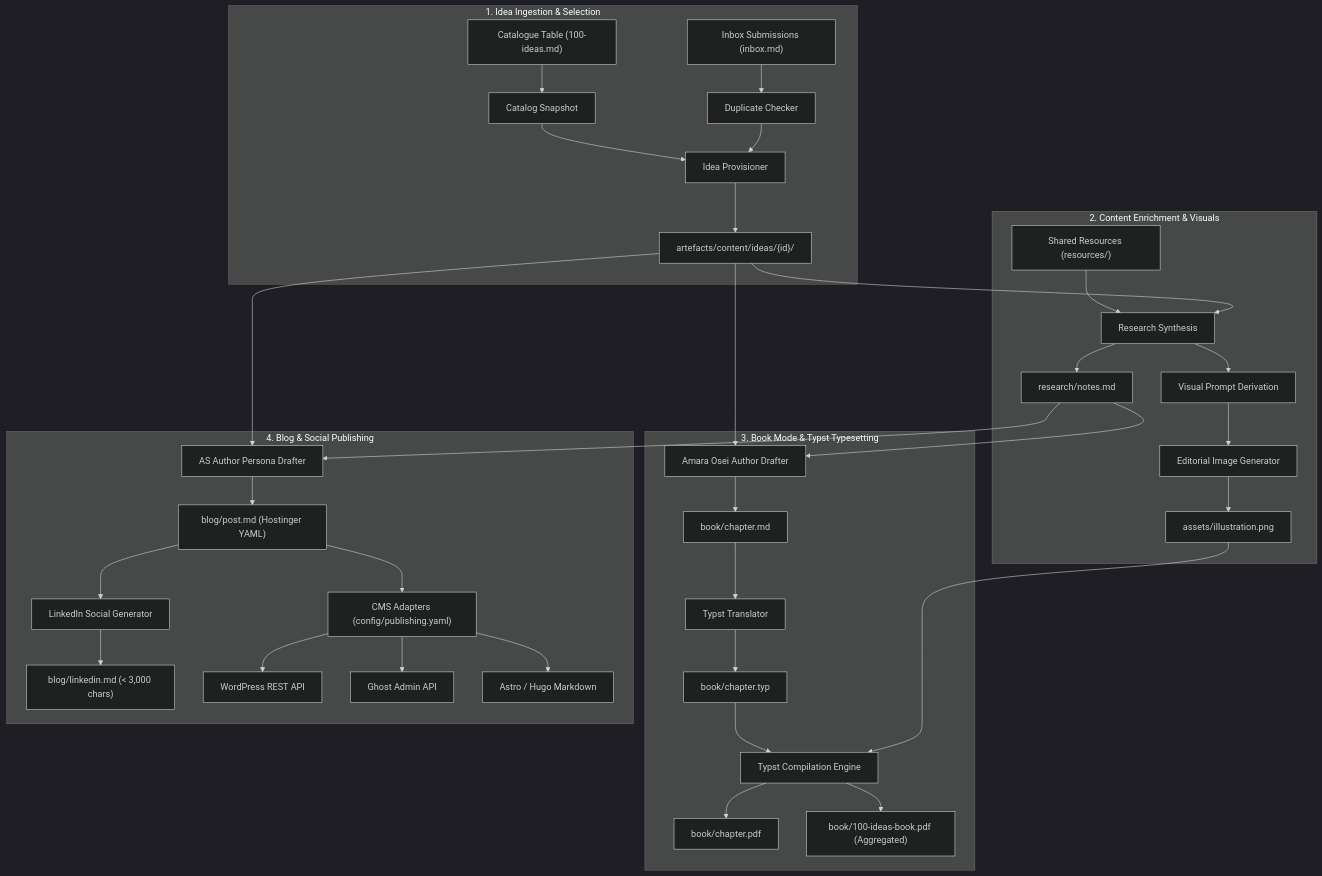
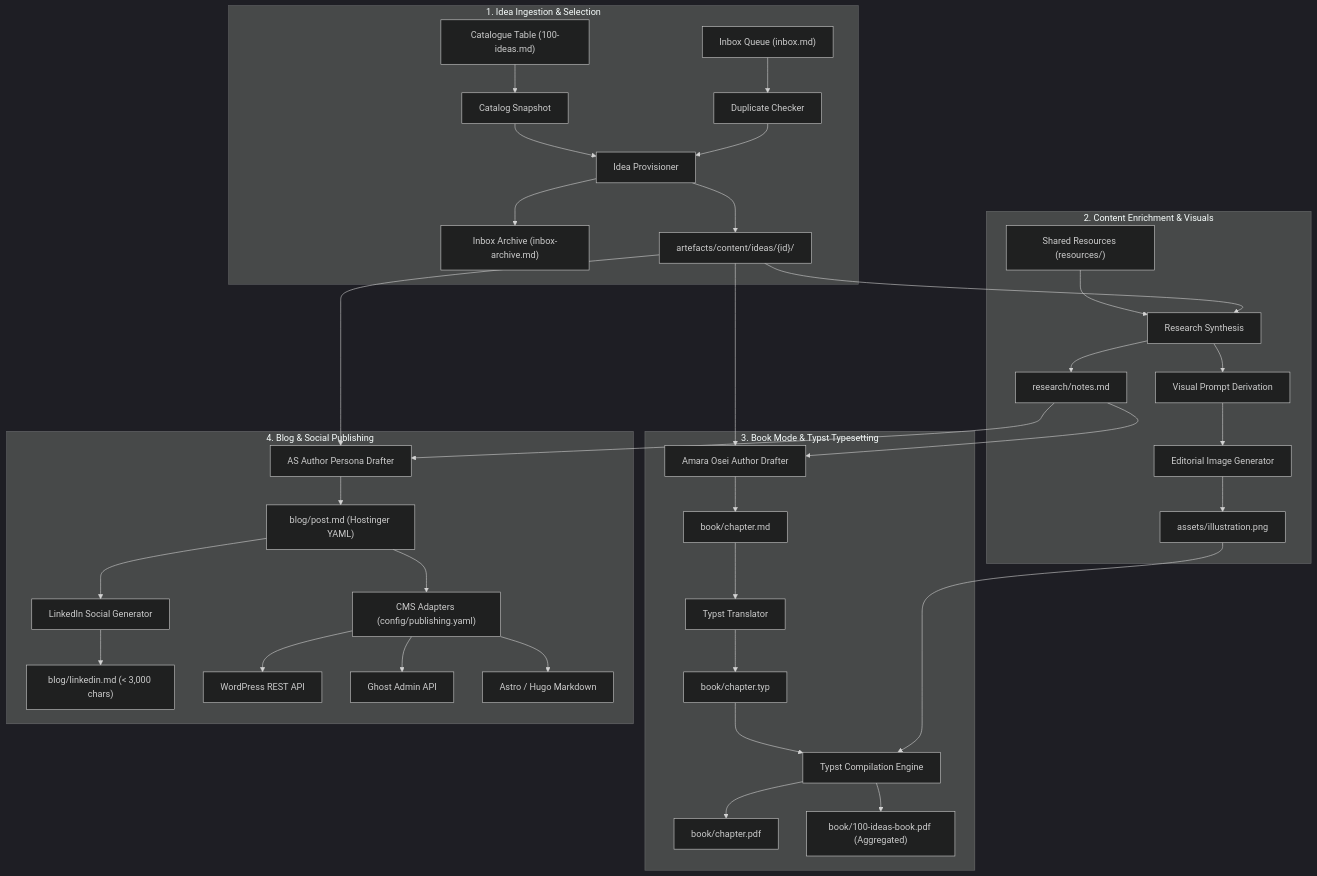
The diagram in README.md (Schmoiger/100-ideas), drawn with Mermaid (dark theme) before and after one commit. The commit also changed other lines of this file and 2 other files, not shown here.

First line of the commit message:
docs(ingestion): update docs for continuous intake and inbox archive

````diff
--- a/README.md
+++ b/README.md
@@ -11,43 +11,44 @@
 ```mermaid
 graph TD
     subgraph Ingestion ["1. Idea Ingestion & Selection"]
         Cat["Catalogue Table (100-ideas.md)"] --> Sync["Catalog Snapshot"]
-        Inbox["Inbox Submissions (inbox.md)"] --> Dedup["Duplicate Checker"]
+        Inbox["Inbox Queue (inbox.md)"] --> Dedup["Duplicate Checker"]
         Sync --> Prov["Idea Provisioner"]
         Dedup --> Prov
+        Prov --> Archive["Inbox Archive (inbox-archive.md)"]
         Prov --> IdeaDir["artefacts/content/ideas/{id}/"]
     end
 
     subgraph Enrichment ["2. Content Enrichment & Visuals"]
         Res["Shared Resources (resources/)"] --> Synth["Research Synthesis"]
         IdeaDir --> Synth
         Synth --> Notes["research/notes.md"]
         Synth --> Prompt["Visual Prompt Derivation"]
         Prompt --> AssetGen["Editorial Image Generator"]
         AssetGen --> Img["assets/illustration.png"]
     end
 
     subgraph Book ["3. Book Mode & Typst Typesetting"]
         IdeaDir --> Drafter["Amara Osei Author Drafter"]
         Notes --> Drafter
         Drafter --> ChapMD["book/chapter.md"]
         ChapMD --> Trans["Typst Translator"]
         Trans --> ChapTYP["book/chapter.typ"]
         ChapTYP --> TypstCLI["Typst Compilation Engine"]
         Img --> TypstCLI
         TypstCLI --> ChapPDF["book/chapter.pdf"]
         TypstCLI --> VolPDF["book/100-ideas-book.pdf (Aggregated)"]
     end
 
     subgraph Publishing ["4. Blog & Social Publishing"]
         IdeaDir --> BlogDraft["AS Author Persona Drafter"]
         Notes --> BlogDraft
         BlogDraft --> PostMD["blog/post.md (Hostinger YAML)"]
         PostMD --> SocialGen["LinkedIn Social Generator"]
         SocialGen --> LinkedInMD["blog/linkedin.md (< 3,000 chars)"]
         PostMD --> CMSAdapters["CMS Adapters (config/publishing.yaml)"]
         CMSAdapters --> WP["WordPress REST API"]
         CMSAdapters --> Ghost["Ghost Admin API"]
         CMSAdapters --> Static["Astro / Hugo Markdown"]
     end
 ```
````
